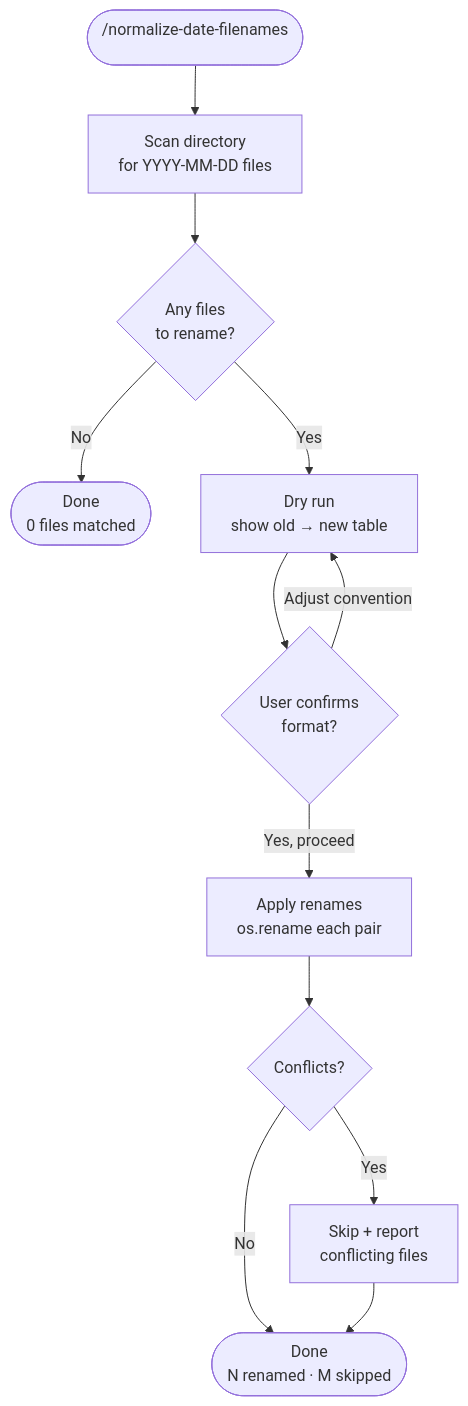
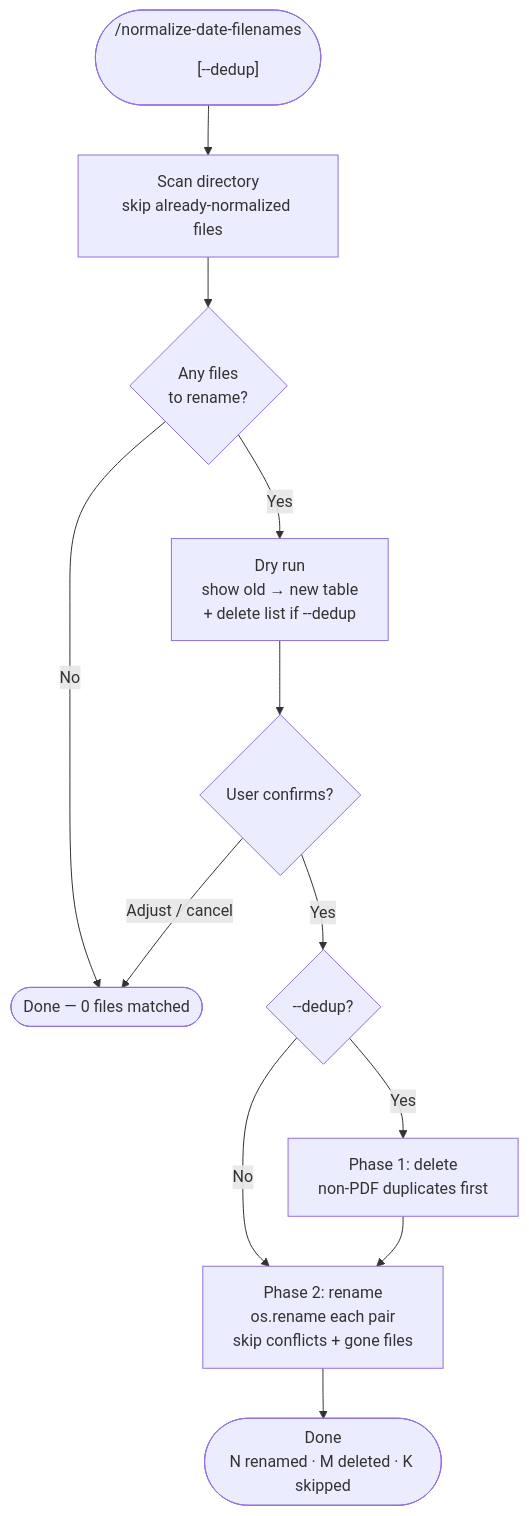
The diagram in normalize-date-filenames/README.md (biomystery/claude-skills), drawn with Mermaid before and after one commit. The commit also changed other lines of this file and 2 other files, not shown here.

First line of the commit message:
normalize-date-filenames: expand to handle all Office/Microsoft Lens formats

````diff
--- a/normalize-date-filenames/README.md
+++ b/normalize-date-filenames/README.md
@@ -14,14 +15,14 @@
 ```mermaid
 flowchart TD
-    A(["/normalize-date-filenames\n<dir>"]) --> B[Scan directory\nfor YYYY-MM-DD files]
+    A(["/normalize-date-filenames\n<dir> [--dedup]"]) --> B[Scan directory\nskip already-normalized files]
     B --> C{Any files\nto rename?}
-    C -->|No| D(["Done\n0 files matched"])
-    C -->|Yes| E[Dry run\nshow old → new table]
-    E --> F{User confirms\nformat?}
-    F -->|Adjust convention| E
-    F -->|Yes, proceed| G[Apply renames\nos.rename each pair]
-    G --> H{Conflicts?}
-    H -->|Yes| I[Skip + report\nconflicting files]
-    H -->|No| J(["Done\nN renamed · M skipped"])
-    I --> J
+    C -->|No| Z(["Done — 0 files matched"])
+    C -->|Yes| D[Dry run\nshow old → new table\n+ delete list if --dedup]
+    D --> E{User confirms?}
+    E -->|Adjust / cancel| Z
+    E -->|Yes| F{--dedup?}
+    F -->|Yes| G[Phase 1: delete\nnon-PDF duplicates first]
+    F -->|No| H
+    G --> H[Phase 2: rename\nos.rename each pair\nskip conflicts + gone files]
+    H --> I(["Done\nN renamed · M deleted · K skipped"])
 ```
````
